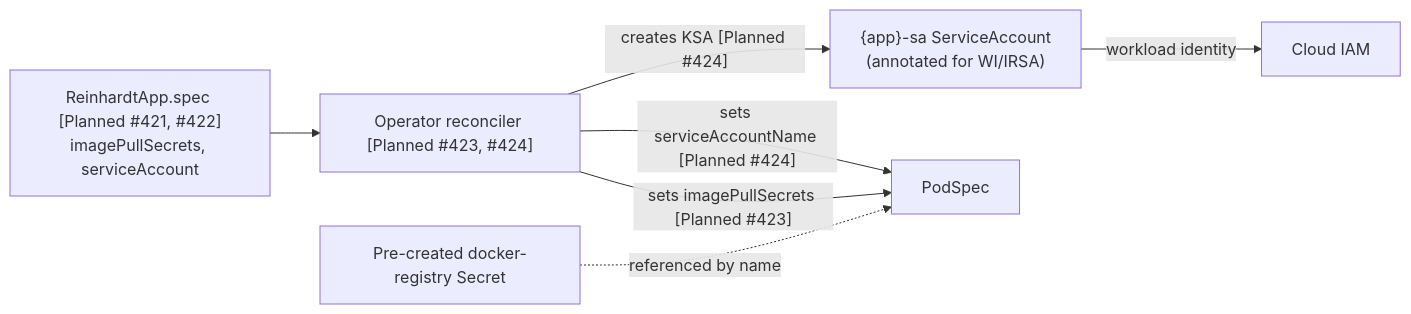
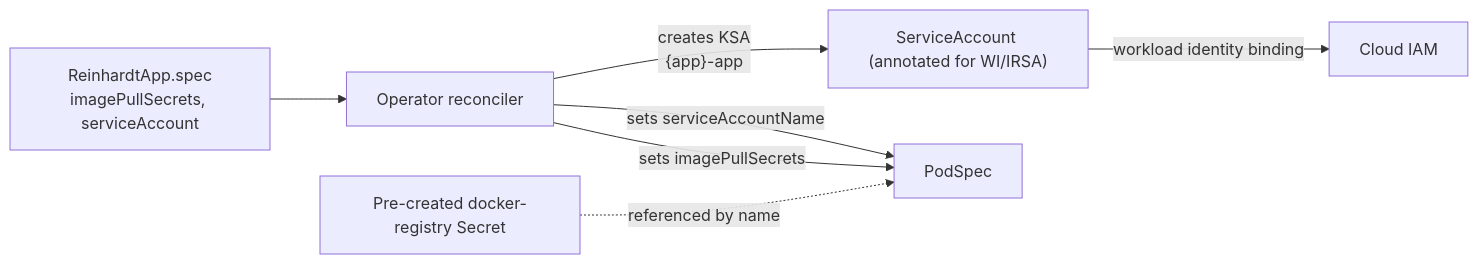
The second of 2 diagrams in docs/registry-and-identity.md (kent8192/reinhardt-cloud), drawn with Mermaid before and after one commit. The commit also changed other lines of this file, not shown here.

First line of the commit message:
docs(registry-and-identity): replace planned callouts with shipped CRD examples

````diff
--- a/docs/registry-and-identity.md
+++ b/docs/registry-and-identity.md
@@ -275,9 +472,9 @@
 ```mermaid
 flowchart LR
-    Spec["ReinhardtApp.spec [Planned #421, #422]<br/>imagePullSecrets, serviceAccount"] --> Op["Operator reconciler [Planned #423, #424]"]
-    Op -->|"creates KSA [Planned #424]"| KSA["{app}-sa ServiceAccount<br/>(annotated for WI/IRSA)"]
-    Op -->|"sets serviceAccountName [Planned #424]"| Pod[PodSpec]
-    Op -->|"sets imagePullSecrets [Planned #423]"| Pod
+    Spec["ReinhardtApp.spec<br/>imagePullSecrets, serviceAccount"] --> Op[Operator reconciler]
+    Op -->|"creates KSA<br/>{app}-app"| KSA["ServiceAccount (annotated for WI/IRSA)"]
+    Op -->|"sets serviceAccountName"| Pod[PodSpec]
+    Op -->|"sets imagePullSecrets"| Pod
     PullSecret["Pre-created docker-registry Secret"] -.->|"referenced by name"| Pod
-    KSA -->|"workload identity"| CloudIAM[Cloud IAM]
+    KSA -->|"workload identity binding"| CloudIAM[Cloud IAM]
 ```
````
